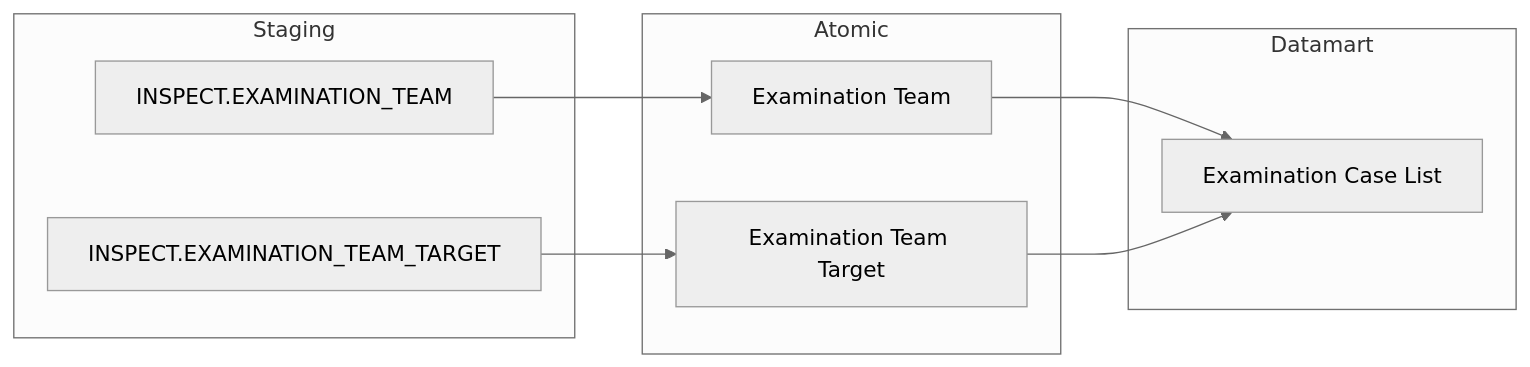
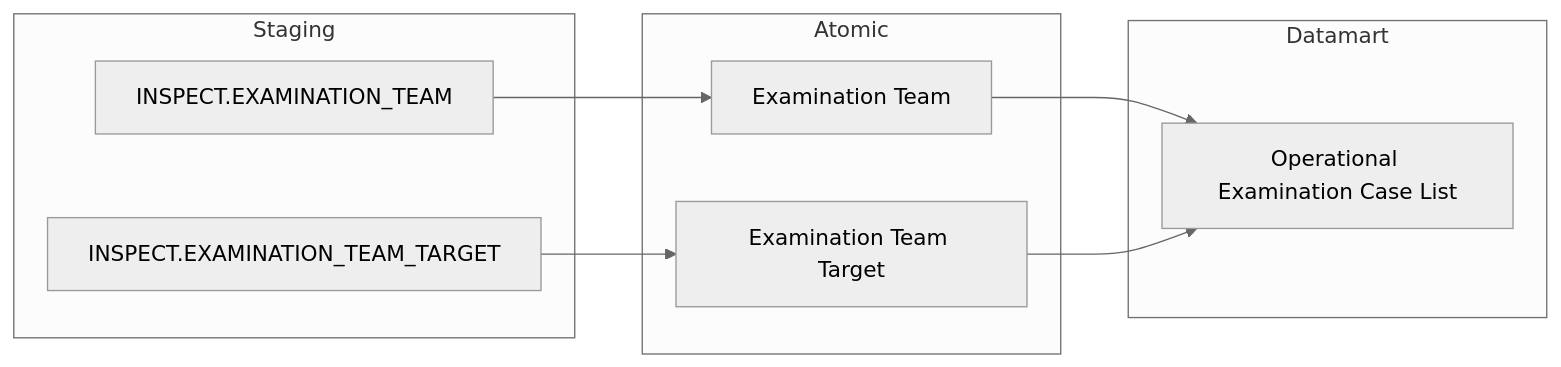
One commit to linhlvit/ubck_atomic_design changed the sixth of 50 diagrams in Datamart/hld/DTM_TT_HLD.md. Above: the diagram before and after it, drawn with Mermaid (neutral theme). The commit also changed other lines of this file and 26 other files, not shown here.

````diff
--- a/Datamart/hld/DTM_TT_HLD.md
+++ b/Datamart/hld/DTM_TT_HLD.md
@@ -200,22 +199,22 @@
 ```mermaid
 flowchart LR
     subgraph SRC["Staging"]
         S1["INSPECT.EXAMINATION_TEAM"]
         S2["INSPECT.EXAMINATION_TEAM_TARGET"]
     end
 
     subgraph SIL["Atomic"]
         SV1["Examination Team"]
         SV2["Examination Team Target"]
     end
 
     subgraph GOLD["Datamart"]
-        G1["Examination Case List"]
+        G1["Operational Examination Case List"]
     end
 
     S1 --> SV1
     S2 --> SV2
 
     SV1 --> G1
     SV2 --> G1
 ```
````
